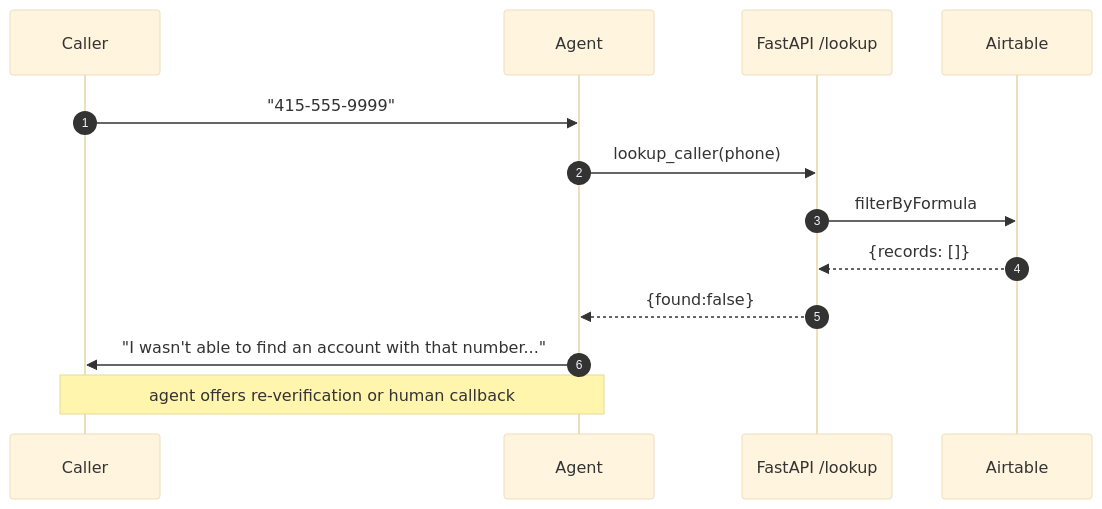
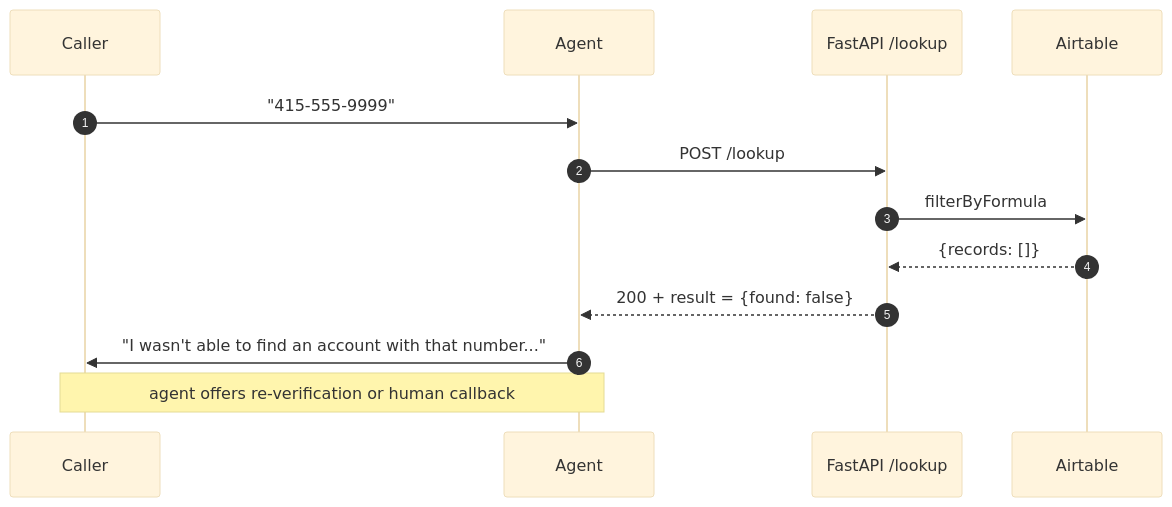
The fourth of 4 diagrams in docs/ARCHITECTURE.md (ashu05g/ObserveAI_TakeHome_Asses), drawn with Mermaid (base theme) before and after one commit. The commit also changed other lines of this file and 9 other files, not shown here.

````diff
--- a/docs/ARCHITECTURE.md
+++ b/docs/ARCHITECTURE.md
@@ -83,16 +159,16 @@
 ```mermaid
 sequenceDiagram
     autonumber
     participant C as Caller
     participant A as Agent
     participant API as FastAPI /lookup
     participant AT as Airtable
 
     C->>A: "415-555-9999"
-    A->>API: lookup_caller(phone)
+    A->>API: POST /lookup
     API->>AT: filterByFormula
     AT-->>API: {records: []}
-    API-->>A: {found:false}
+    API-->>A: 200 + result = {found: false}
     A->>C: "I wasn't able to find an account with that number..."
     Note over C,A: agent offers re-verification or human callback
 ```
````
